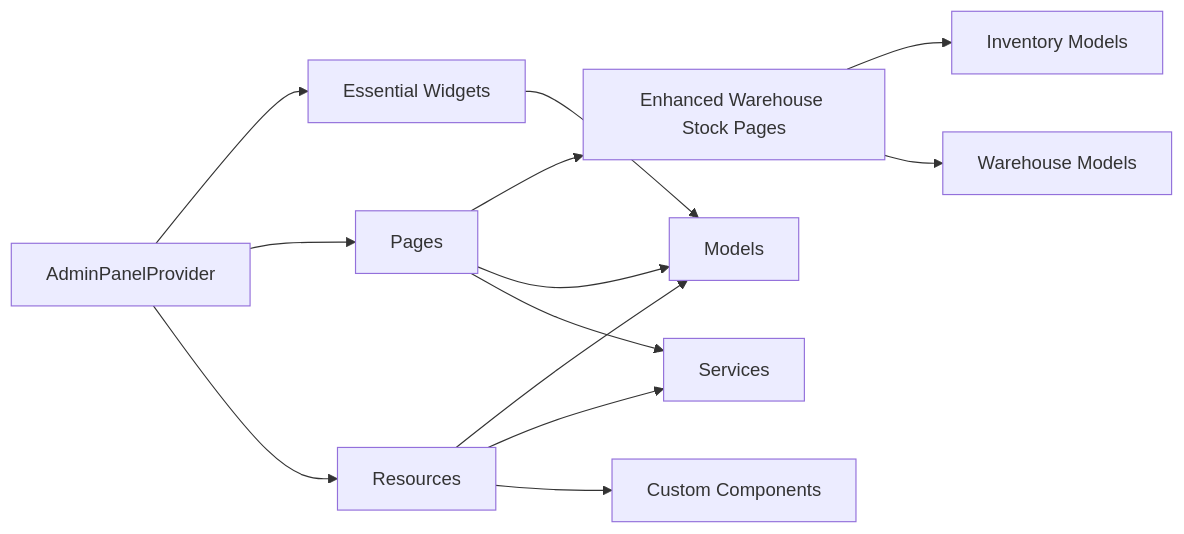
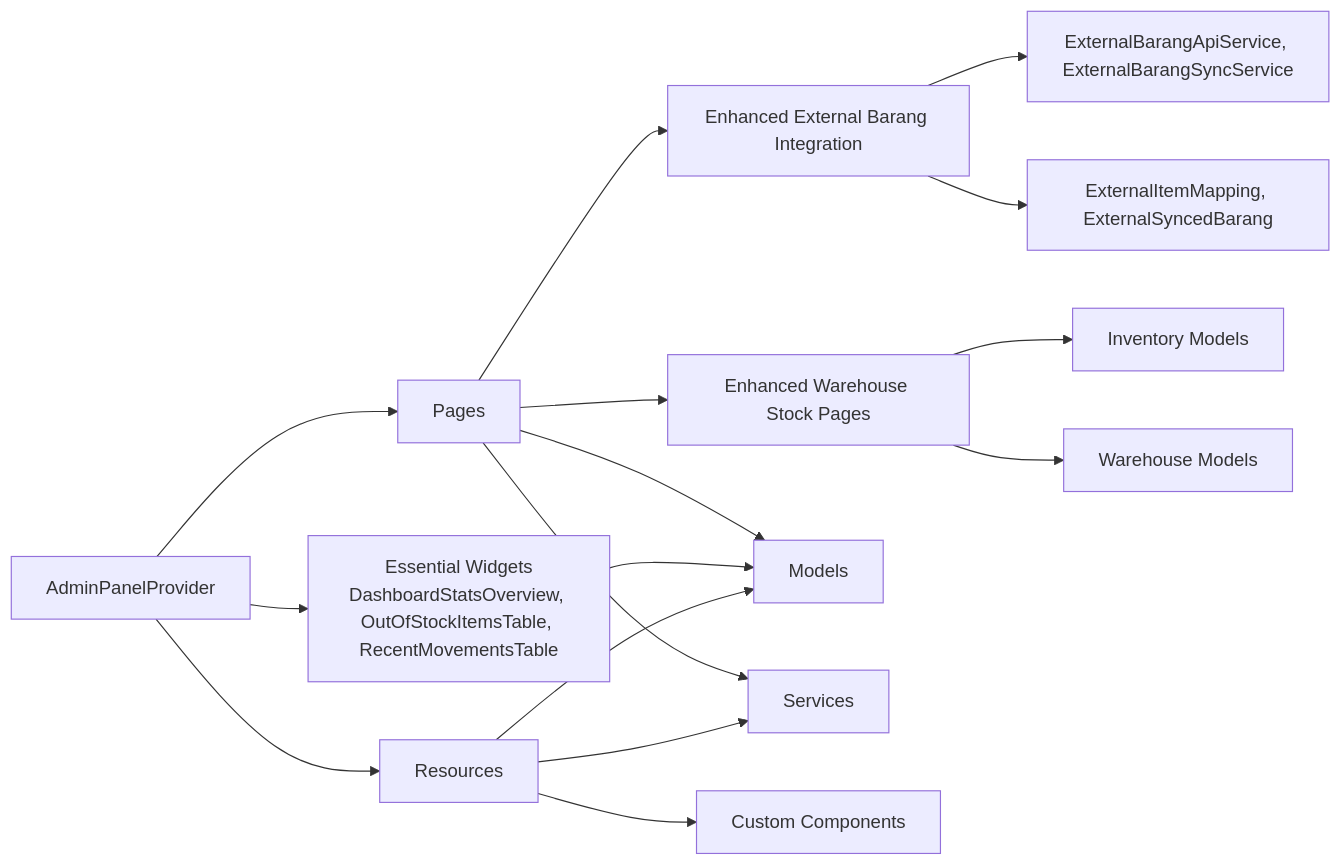
Before and after one commit to Dikksap/laravel_RsvHelmet: diagram 18 of 19 in .qoder/repowiki/en/content/Filament Admin Panel/Filament Admin Panel.md, drawn with Mermaid. The commit also changed other lines of this file and 52 other files, not shown here.

````diff
--- a/.qoder/repowiki/en/content/Filament Admin Panel/Filament Admin Panel.md
+++ b/.qoder/repowiki/en/content/Filament Admin Panel/Filament Admin Panel.md
@@ -627,15 +712,18 @@
 ```mermaid
 graph LR
-Provider["AdminPanelProvider"] --> Widgets["Essential Widgets"]
+Provider["AdminPanelProvider"] --> Widgets["Essential Widgets<br/>DashboardStatsOverview, OutOfStockItemsTable, RecentMovementsTable"]
 Provider --> Pages["Pages"]
 Provider --> Resources["Resources"]
+Pages --> ExternalBarang["Enhanced External Barang Integration"]
+ExternalBarang --> ApiServices["ExternalBarangApiService, ExternalBarangSyncService"]
+ExternalBarang --> ExternalModels["ExternalItemMapping, ExternalSyncedBarang"]
 Pages --> WarehousePages["Enhanced Warehouse Stock Pages"]
 WarehousePages --> InventoryModels["Inventory Models"]
 WarehousePages --> WarehouseModels["Warehouse Models"]
 Resources --> Models["Models"]
 Resources --> Services["Services"]
 Resources --> Components["Custom Components"]
 Widgets --> Models
 Pages --> Models
 Pages --> Services
 ```
````
